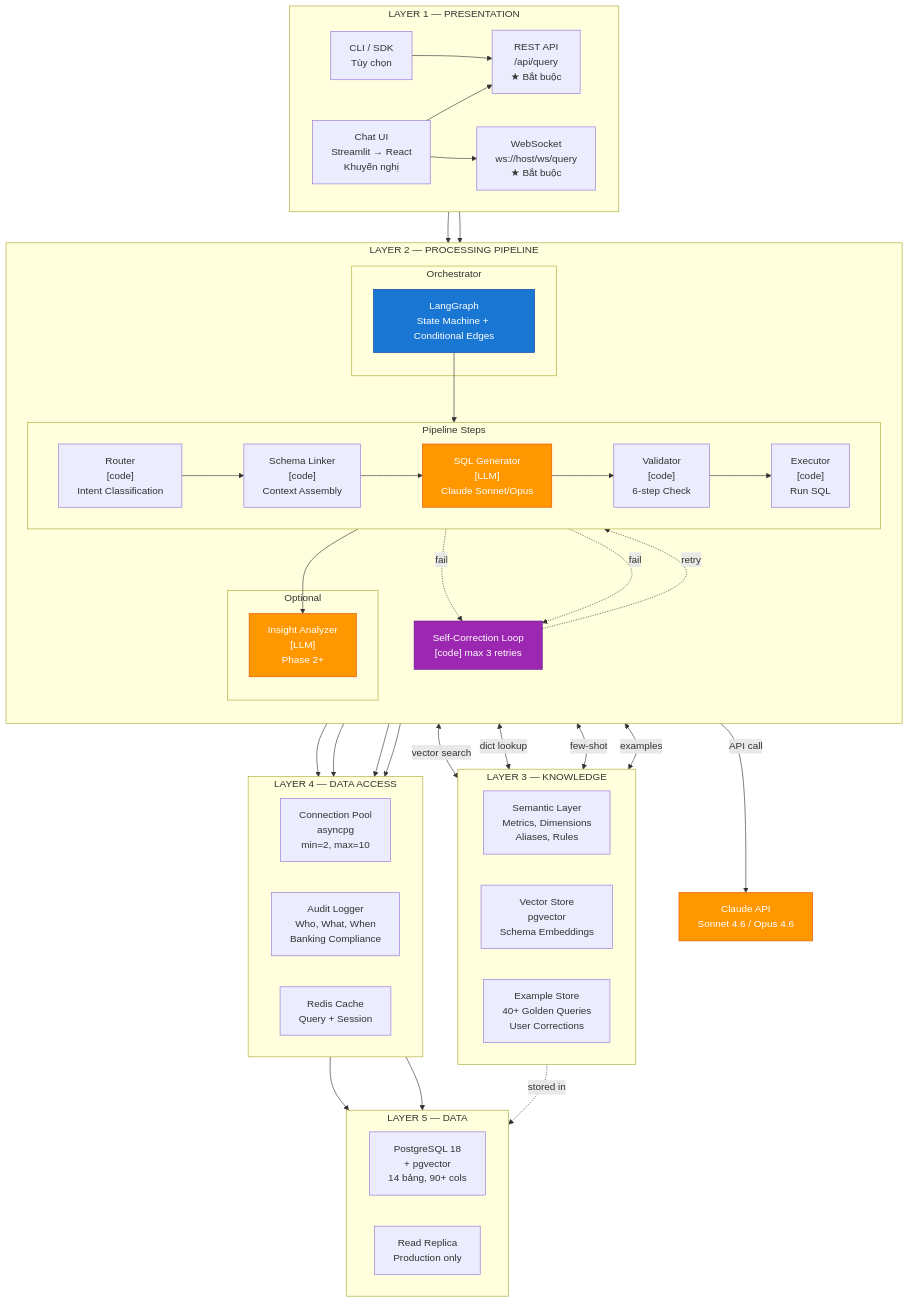
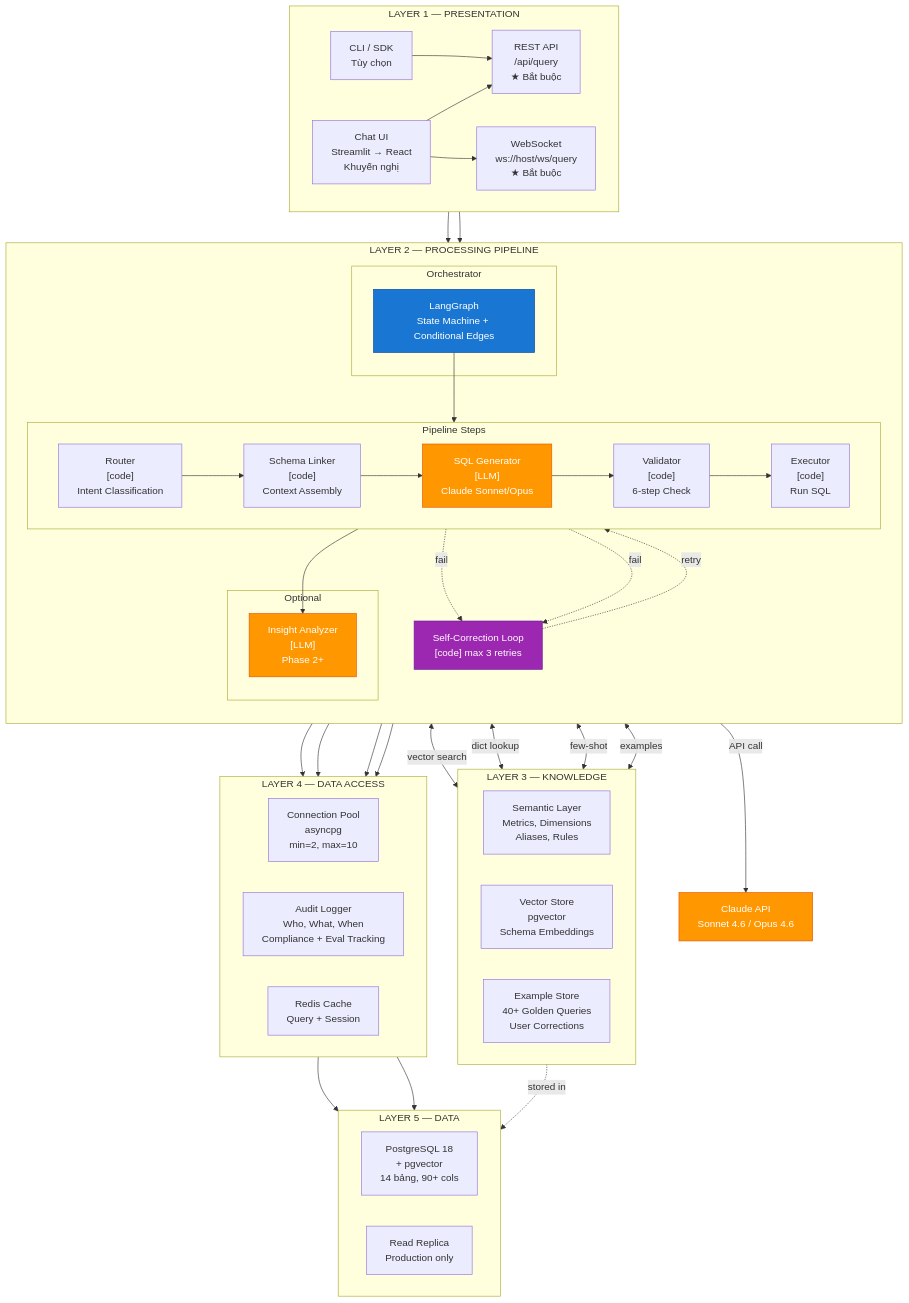
One commit to Learnheart/Text2SQL changed the first of 9 diagrams in docs/03_Technical_Assessment/pattern_1_llm_in_the_middle/03_architecture_flow.md. Above: the diagram before and after it, drawn with Mermaid. The commit also changed other lines of this file and 17 other files, not shown here.

First line of the commit message:
migrate all docs from banking schema to BIRD multi-database

```diff
--- a/docs/03_Technical_Assessment/pattern_1_llm_in_the_middle/03_architecture_flow.md
+++ b/docs/03_Technical_Assessment/pattern_1_llm_in_the_middle/03_architecture_flow.md
@@ -61,7 +61,7 @@
     subgraph "LAYER 4 — DATA ACCESS"
         direction LR
         CP["Connection Pool<br/>asyncpg<br/>min=2, max=10"]
-        AL["Audit Logger<br/>Who, What, When<br/>Banking Compliance"]
+        AL["Audit Logger<br/>Who, What, When<br/>Compliance + Eval Tracking"]
         CACHE["Redis Cache<br/>Query + Session"]
     end
 
```
